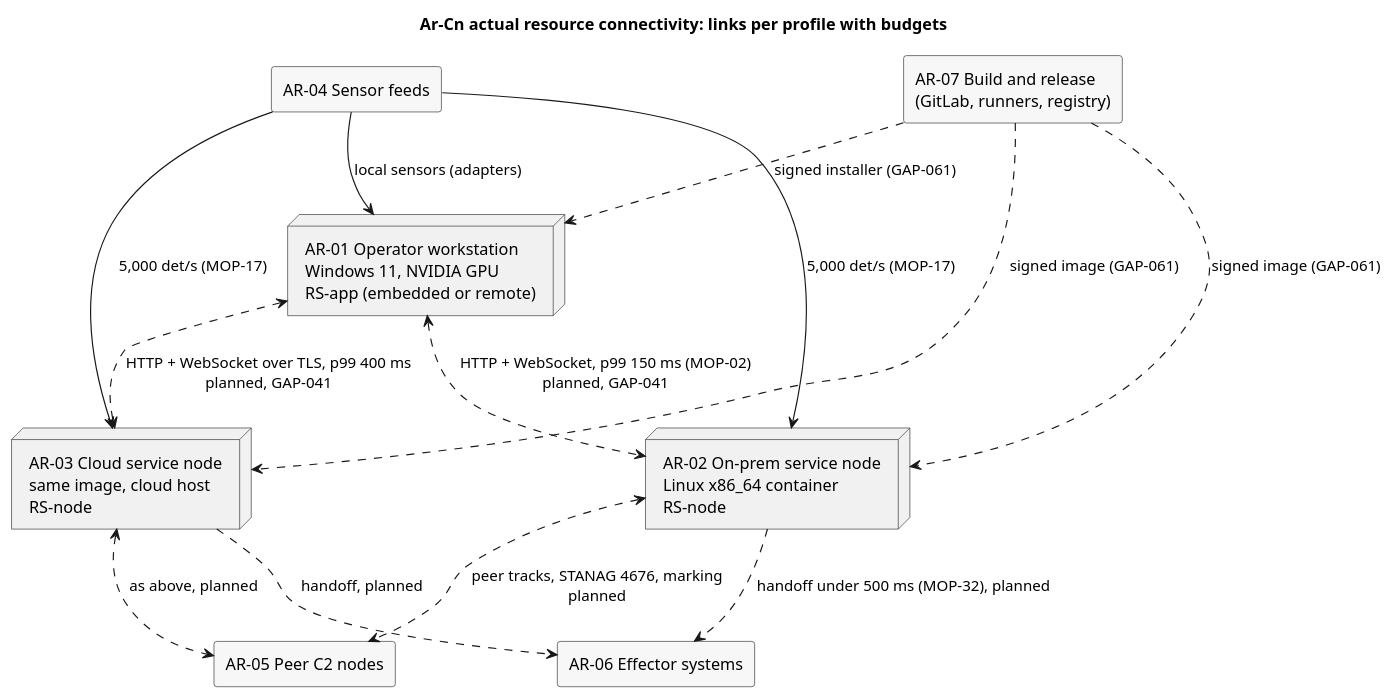
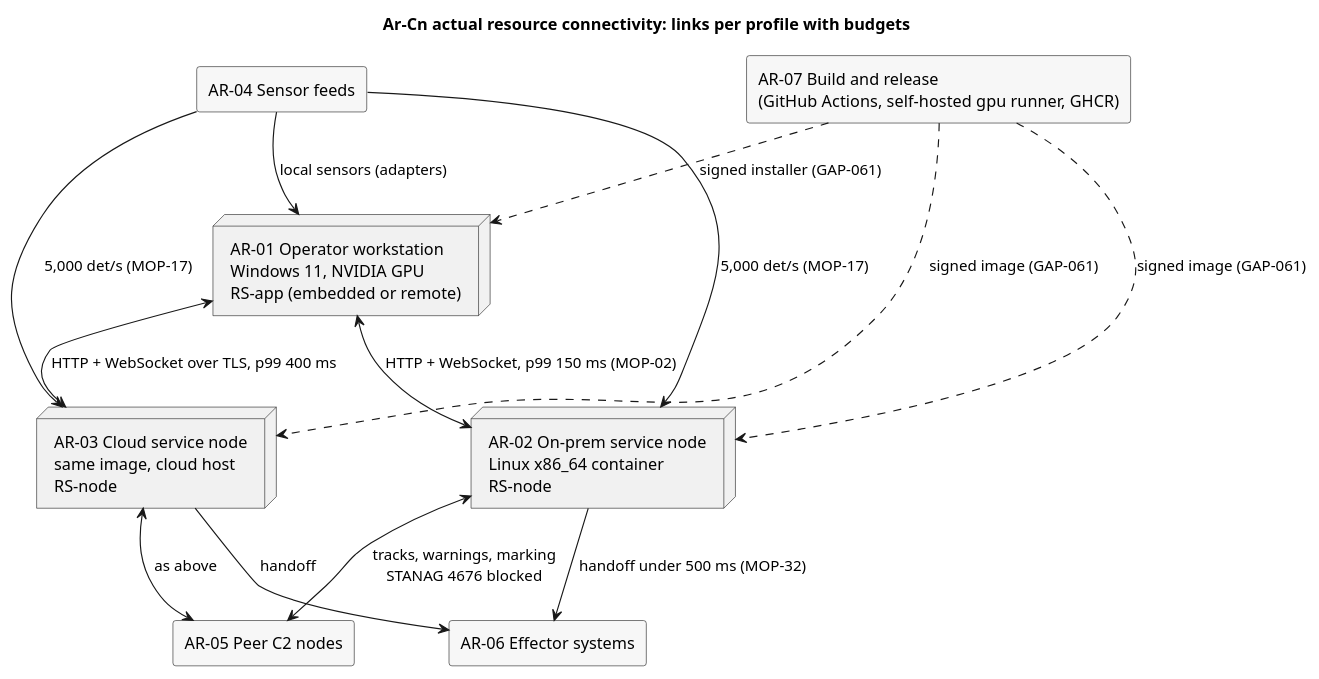
The diagram in docs/architecture/uaf/actual-resources/Ar-Cn.puml (WayneRoessling/gungnir), drawn with PlantUML before and after one commit. The commit also changed 8 other files, not shown here.

```diff
--- a/docs/architecture/uaf/actual-resources/Ar-Cn.puml
+++ b/docs/architecture/uaf/actual-resources/Ar-Cn.puml
@@ -1,26 +1,26 @@
 @startuml Ar-Cn
 title Ar-Cn actual resource connectivity: links per profile with budgets
 skinparam rectangle {
   BackgroundColor #F7F7F7
 }
 node "AR-01 Operator workstation\nWindows 11, NVIDIA GPU\nRS-app (embedded or remote)" as AR_01
 node "AR-02 On-prem service node\nLinux x86_64 container\nRS-node" as AR_02
 node "AR-03 Cloud service node\nsame image, cloud host\nRS-node" as AR_03
 rectangle "AR-04 Sensor feeds" as AR_04
 rectangle "AR-05 Peer C2 nodes" as AR_05
 rectangle "AR-06 Effector systems" as AR_06
-rectangle "AR-07 Build and release\n(GitLab, runners, registry)" as AR_07
+rectangle "AR-07 Build and release\n(GitHub Actions, self-hosted gpu runner, GHCR)" as AR_07
 
 AR_04 --> AR_01 : local sensors (adapters)
 AR_04 --> AR_02 : 5,000 det/s (MOP-17)
 AR_04 --> AR_03 : 5,000 det/s (MOP-17)
-AR_01 <..> AR_02 : HTTP + WebSocket, p99 150 ms (MOP-02)\nplanned, GAP-041
-AR_01 <..> AR_03 : HTTP + WebSocket over TLS, p99 400 ms\nplanned, GAP-041
-AR_02 <..> AR_05 : peer tracks, STANAG 4676, marking\nplanned
-AR_03 <..> AR_05 : as above, planned
-AR_02 ..> AR_06 : handoff under 500 ms (MOP-32), planned
-AR_03 ..> AR_06 : handoff, planned
+AR_01 <--> AR_02 : HTTP + WebSocket, p99 150 ms (MOP-02)
+AR_01 <--> AR_03 : HTTP + WebSocket over TLS, p99 400 ms
+AR_02 <--> AR_05 : tracks, warnings, marking\nSTANAG 4676 blocked
+AR_03 <--> AR_05 : as above
+AR_02 --> AR_06 : handoff under 500 ms (MOP-32)
+AR_03 --> AR_06 : handoff
 AR_07 ..> AR_02 : signed image (GAP-061)
 AR_07 ..> AR_03 : signed image (GAP-061)
 AR_07 ..> AR_01 : signed installer (GAP-061)
 @enduml
```
